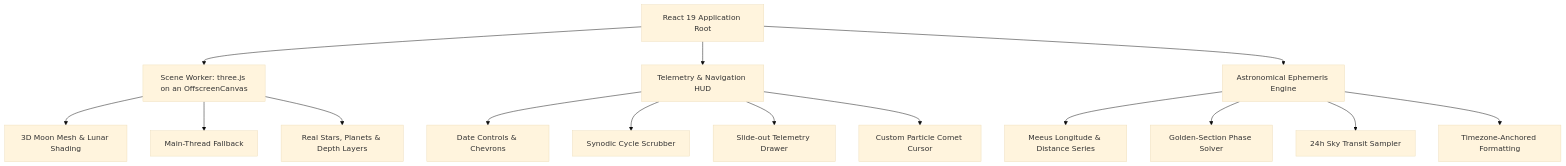
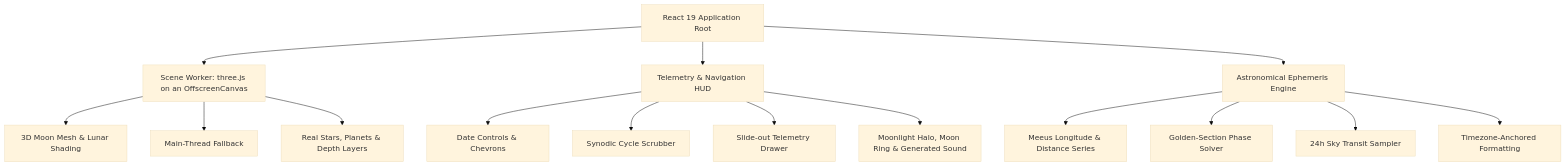
One commit to kavindu-rakn/Luna changed the diagram in README.md. Above: the diagram before and after it, drawn with Mermaid (base theme). The commit also changed other lines of this file and 20 other files, not shown here.

First line of the commit message:
feat(cursor, sound): moonlight halo, Moon ring, fling meteor and generated sound

````diff
--- a/README.md
+++ b/README.md
@@ -232,20 +234,20 @@
 ```mermaid
 graph TD
     A[React 19 Application Root] --> B[Scene Worker: three.js on an OffscreenCanvas]
     A --> C[Telemetry & Navigation HUD]
     A --> D[Astronomical Ephemeris Engine]
 
     B --> B1[3D Moon Mesh & Lunar Shading]
     B --> B2[Main-Thread Fallback]
     B --> B3[Real Stars, Planets & Depth Layers]
 
     C --> C1[Date Controls & Chevrons]
     C --> C2[Synodic Cycle Scrubber]
     C --> C3[Slide-out Telemetry Drawer]
-    C --> C4[Custom Particle Comet Cursor]
+    C --> C4[Moonlight Halo, Moon Ring & Generated Sound]
 
     D --> D1[Meeus Longitude & Distance Series]
     D --> D2[Golden-Section Phase Solver]
     D --> D3[24h Sky Transit Sampler]
     D --> D4[Timezone-Anchored Formatting]
 ```
````
